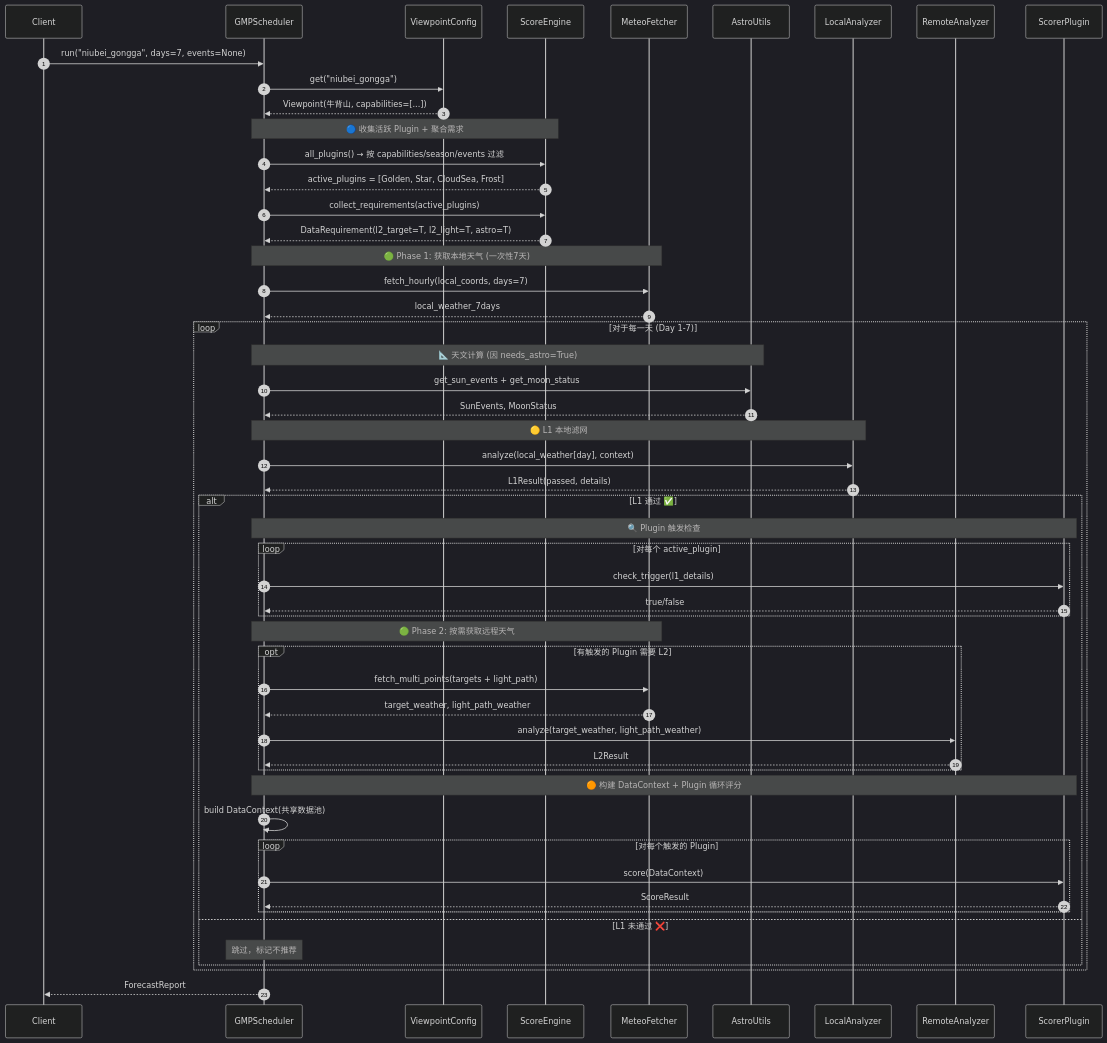
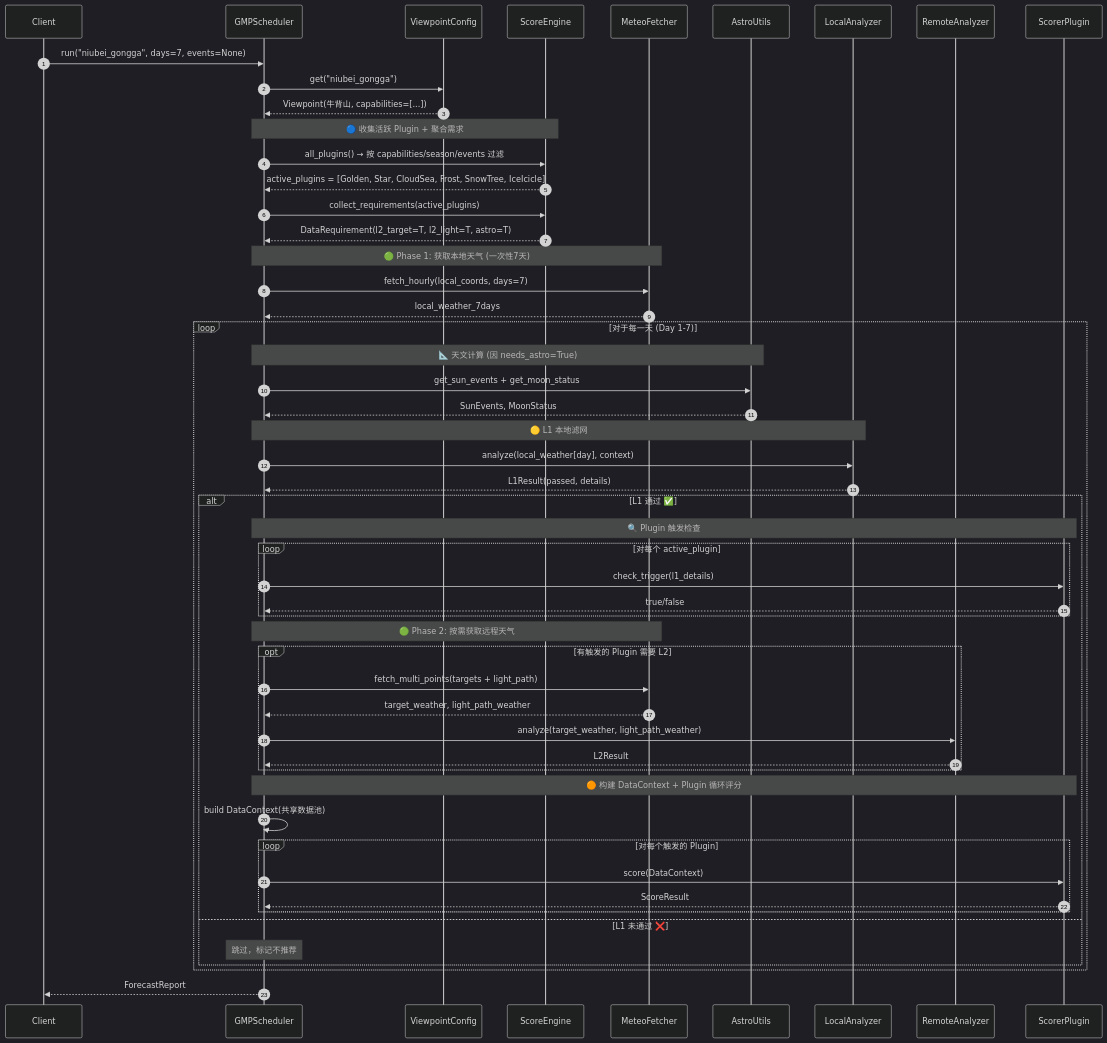
The fifth of 9 diagrams in design/06-class-sequence.md (mpb159753/golden-moment-predictor), drawn with Mermaid (dark theme) before and after one commit. The commit also changed 60 other files, not shown here.

````diff
--- a/design/06-class-sequence.md
+++ b/design/06-class-sequence.md
@@ -328,64 +328,64 @@
 ```mermaid
 sequenceDiagram
     autonumber
     participant C as Client
     participant S as GMPScheduler
     participant VC as ViewpointConfig
     participant SE as ScoreEngine
     participant MF as MeteoFetcher
     participant AU as AstroUtils
     participant LA as LocalAnalyzer
     participant RA as RemoteAnalyzer
     participant P as ScorerPlugin
 
     C->>S: run("niubei_gongga", days=7, events=None)
     S->>VC: get("niubei_gongga")
     VC-->>S: Viewpoint(牛背山, capabilities=[...])
 
     Note over S,SE: 🔵 收集活跃 Plugin + 聚合需求
     S->>SE: all_plugins() → 按 capabilities/season/events 过滤
-    SE-->>S: active_plugins = [Golden, Star, CloudSea, Frost]
+    SE-->>S: active_plugins = [Golden, Star, CloudSea, Frost, SnowTree, IceIcicle]
     S->>SE: collect_requirements(active_plugins)
     SE-->>S: DataRequirement(l2_target=T, l2_light=T, astro=T)
 
     Note over S,MF: 🟢 Phase 1: 获取本地天气 (一次性7天)
     S->>MF: fetch_hourly(local_coords, days=7)
     MF-->>S: local_weather_7days
 
     loop 对于每一天 (Day 1-7)
         Note over S,AU: 📐 天文计算 (因 needs_astro=True)
         S->>AU: get_sun_events + get_moon_status
         AU-->>S: SunEvents, MoonStatus
 
         Note over S,LA: 🟡 L1 本地滤网
         S->>LA: analyze(local_weather[day], context)
         LA-->>S: L1Result(passed, details)
 
         alt L1 通过 ✅
             Note over S,P: 🔍 Plugin 触发检查
             loop 对每个 active_plugin
                 S->>P: check_trigger(l1_details)
                 P-->>S: true/false
             end
 
             Note over S,MF: 🟢 Phase 2: 按需获取远程天气
             opt 有触发的 Plugin 需要 L2
                 S->>MF: fetch_multi_points(targets + light_path)
                 MF-->>S: target_weather, light_path_weather
                 S->>RA: analyze(target_weather, light_path_weather)
                 RA-->>S: L2Result
             end
 
             Note over S,P: 🟠 构建 DataContext + Plugin 循环评分
             S->>S: build DataContext(共享数据池)
             loop 对每个触发的 Plugin
                 S->>P: score(DataContext)
                 P-->>S: ScoreResult
             end
         else L1 未通过 ❌
             Note over S: 跳过，标记不推荐
         end
     end
 
     S-->>C: ForecastReport
 ```
````
